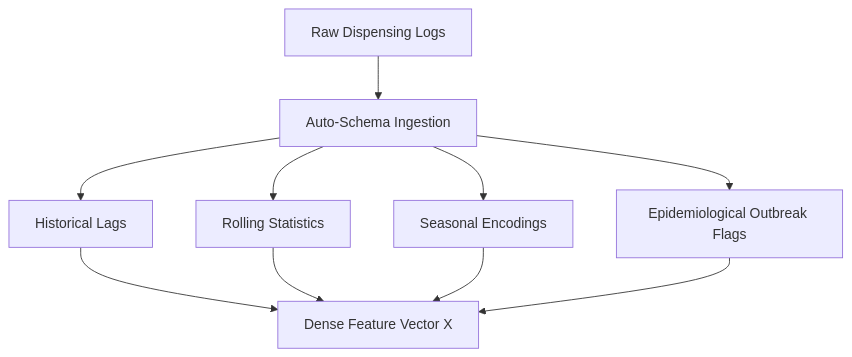
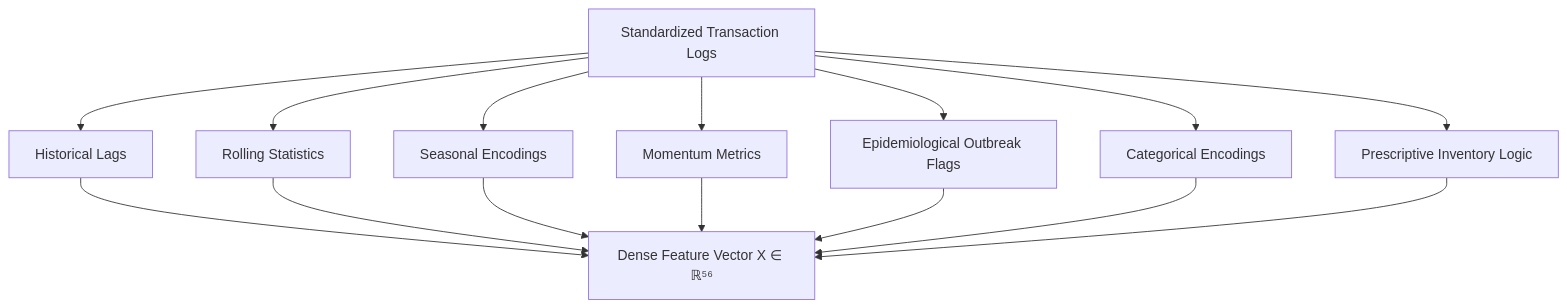
One commit to AlgorithSage/ProgyNova_AI changed the diagram in docs/ml_model_architecture.md. Above: the diagram before and after it, drawn with Mermaid. The commit also changed other lines of this file and 26 other files, not shown here.

````diff
--- a/docs/ml_model_architecture.md
+++ b/docs/ml_model_architecture.md
@@ -23,10 +67,12 @@
 ```mermaid
 graph TD
-    Raw[Raw Dispensing Logs] --> Ingest[Auto-Schema Ingestion]
-    Ingest --> Lags[Historical Lags]
-    Ingest --> Rolling[Rolling Statistics]
-    Ingest --> Cycle[Seasonal Encodings]
-    Ingest --> Epidemic[Epidemiological Outbreak Flags]
-    
-    Lags & Rolling & Cycle & Epidemic --> FeatureVector[Dense Feature Vector X]
+    Raw[Standardized Transaction Logs] --> Lags[Historical Lags]
+    Raw --> Rolling[Rolling Statistics]
+    Raw --> Cycle[Seasonal Encodings]
+    Raw --> Momentum[Momentum Metrics]
+    Raw --> Epidemic[Epidemiological Outbreak Flags]
+    Raw --> Categorical[Categorical Encodings]
+    Raw --> Prescriptive[Prescriptive Inventory Logic]
+
+    Lags & Rolling & Cycle & Momentum & Epidemic & Categorical & Prescriptive --> FeatureVector["Dense Feature Vector X ∈ ℝ⁵⁶"]
 ```
````
